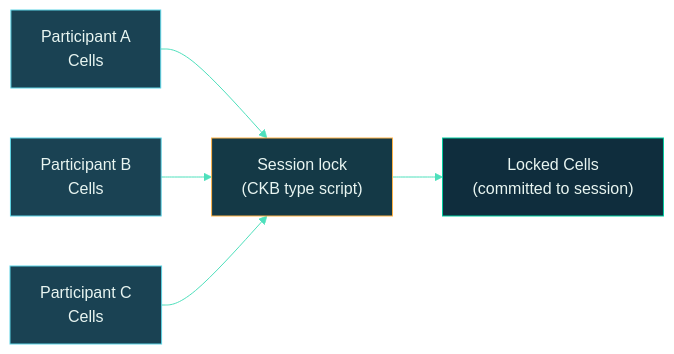
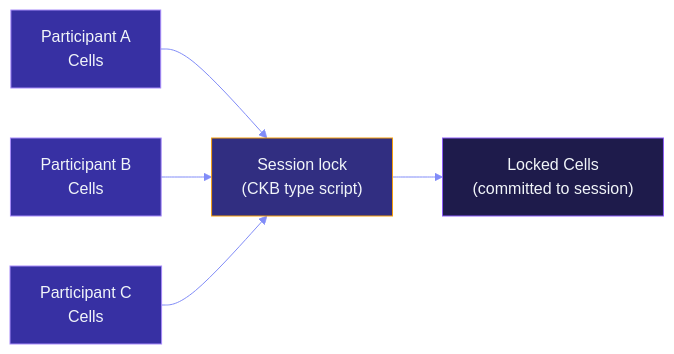
The first of 5 diagrams in docs/interactions/session-flow.md (Myelin-Labs/Myelin), drawn with Mermaid before and after one commit. The commit also changed other lines of this file and 31 other files, not shown here.

````diff
--- a/docs/interactions/session-flow.md
+++ b/docs/interactions/session-flow.md
@@ -29,30 +29,30 @@
 ```mermaid
 %%{init: {
   "theme": "base",
   "themeVariables": {
-    "primaryColor": "#0F2D3D",
-    "primaryTextColor": "#E8F5F1",
-    "primaryBorderColor": "#3CCBAA",
-    "lineColor": "#4EE0BC",
-    "secondaryColor": "#143946",
-    "tertiaryColor": "#1A4253"
+    "primaryColor": "#1E1B4B",
+    "primaryTextColor": "#F1F5F9",
+    "primaryBorderColor": "#6366F1",
+    "lineColor": "#818CF8",
+    "secondaryColor": "#312E81",
+    "tertiaryColor": "#3730A3"
   }
 }}%%
 flowchart LR
     P1["Participant A<br/>Cells"]:::l1
     P2["Participant B<br/>Cells"]:::l1
     P3["Participant C<br/>Cells"]:::l1
 
     LOCK["Session lock<br/>(CKB type script)"]:::lock
 
     L["Locked Cells<br/>(committed to session)"]:::locked
 
     P1 --> LOCK
     P2 --> LOCK
     P3 --> LOCK
     LOCK --> L
 
-    classDef l1     fill:#1A4253,stroke:#5DD4E5,color:#E8F5F1;
-    classDef lock   fill:#143946,stroke:#FFB347,color:#E8F5F1;
-    classDef locked fill:#0F2D3D,stroke:#00CC9F,color:#E8F5F1;
+    classDef l1     fill:#3730A3,stroke:#A78BFA,color:#F1F5F9;
+    classDef lock   fill:#312E81,stroke:#F59E0B,color:#F1F5F9;
+    classDef locked fill:#1E1B4B,stroke:#8B5CF6,color:#F1F5F9;
 ```
````
